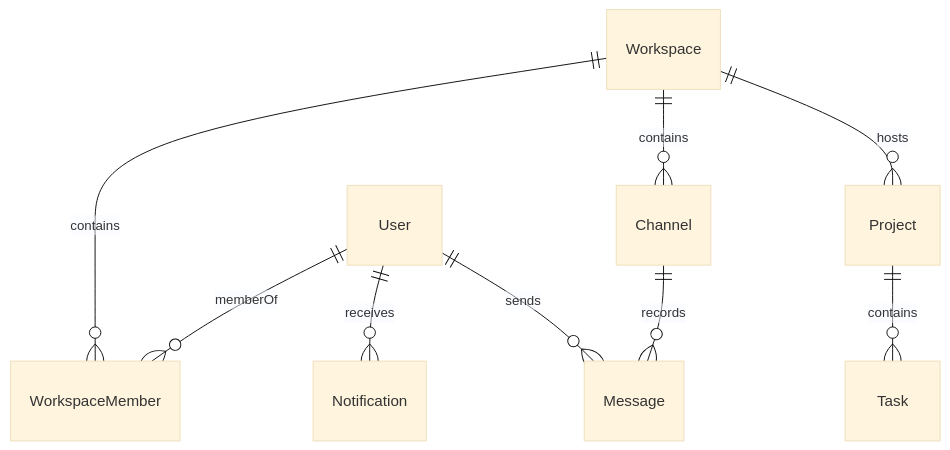
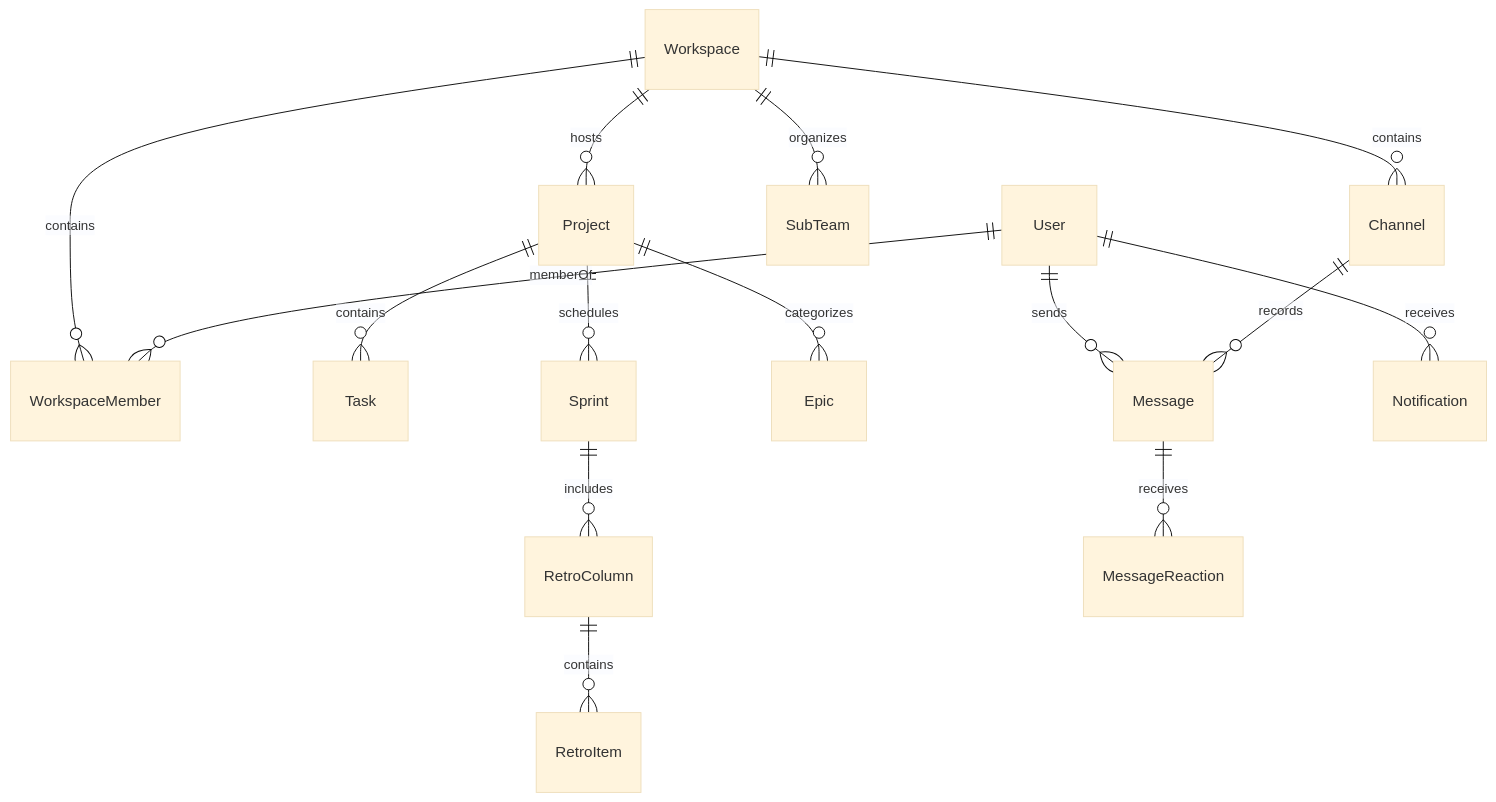
One commit to PiyushY111/Syncro changed the second of 2 diagrams in README.md. Above: the diagram before and after it, drawn with Mermaid (base theme). The commit also changed other lines of this file, not shown here.

Commit message:
docs(readme): update repository folder structure and database schema map

````diff
--- a/README.md
+++ b/README.md
@@ -164,11 +170,17 @@
 ```mermaid
 erDiagram
     User ||--o{ WorkspaceMember : memberOf
     Workspace ||--o{ WorkspaceMember : contains
     Workspace ||--o{ Project : hosts
+    Workspace ||--o{ SubTeam : organizes
     Project ||--o{ Task : contains
+    Project ||--o{ Sprint : schedules
+    Project ||--o{ Epic : categorizes
+    Sprint ||--o{ RetroColumn : includes
+    RetroColumn ||--o{ RetroItem : contains
     Channel ||--o{ Message : records
+    Message ||--o{ MessageReaction : receives
     Workspace ||--o{ Channel : contains
     User ||--o{ Message : sends
     User ||--o{ Notification : receives
 ```
````
